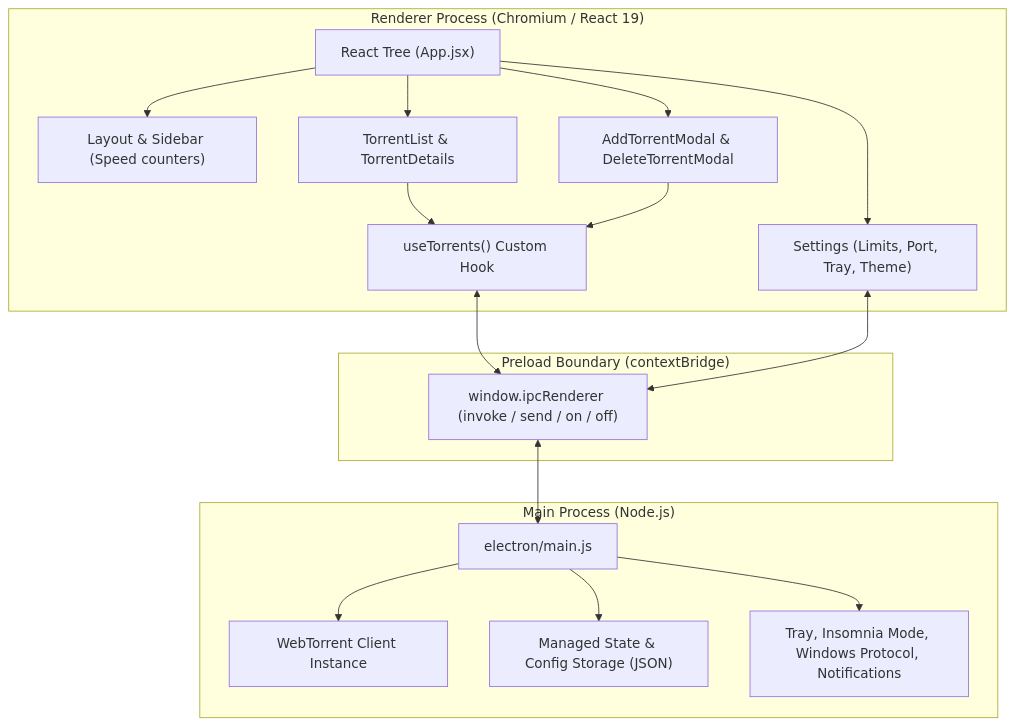
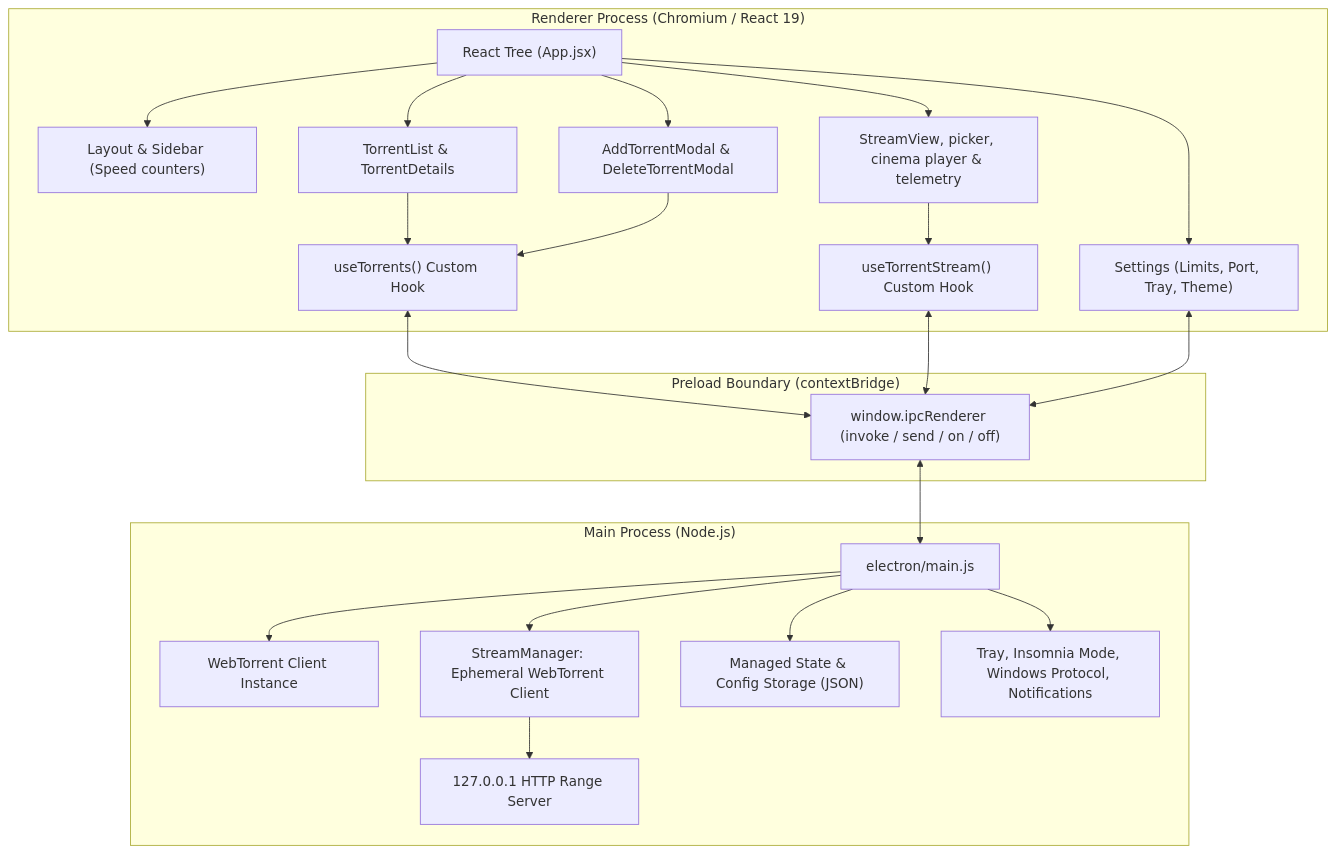
The diagram in context.md (siddarthaboddu/Nexus-Windows-Torrent-Downloader), drawn with Mermaid before and after one commit. The commit also changed other lines of this file, not shown here.

Commit message:
Document live streaming architecture

````diff
--- a/context.md
+++ b/context.md
@@ -32,37 +32,46 @@
 ```mermaid
 flowchart TB
     subgraph Renderer ["Renderer Process (Chromium / React 19)"]
         UI["React Tree (App.jsx)"]
         Layout["Layout & Sidebar (Speed counters)"]
         Dashboards["TorrentList & TorrentDetails"]
         SettingsView["Settings (Limits, Port, Tray, Theme)"]
         Modals["AddTorrentModal & DeleteTorrentModal"]
         Hook["useTorrents() Custom Hook"]
+        StreamViews["StreamView, picker, cinema player & telemetry"]
+        StreamHook["useTorrentStream() Custom Hook"]
 
         UI --> Layout
         UI --> Dashboards
         UI --> SettingsView
         UI --> Modals
+        UI --> StreamViews
         Dashboards --> Hook
+        StreamViews --> StreamHook
         Modals --> Hook
     end
 
     subgraph Preload ["Preload Boundary (contextBridge)"]
         Bridge["window.ipcRenderer (invoke / send / on / off)"]
     end
 
     subgraph Main ["Main Process (Node.js)"]
         MainEntry["electron/main.js"]
         WTEngine["WebTorrent Client Instance"]
+        StreamEngine["StreamManager: Ephemeral WebTorrent Client"]
+        StreamServer["127.0.0.1 HTTP Range Server"]
         StateMgr["Managed State & Config Storage (JSON)"]
         WinSys["Tray, Insomnia Mode, Windows Protocol, Notifications"]
 
         MainEntry --> WTEngine
+        MainEntry --> StreamEngine
+        StreamEngine --> StreamServer
         MainEntry --> StateMgr
         MainEntry --> WinSys
     end
 
     Hook <--> Bridge
+    StreamHook <--> Bridge
     SettingsView <--> Bridge
     Bridge <--> MainEntry
 ```
````
